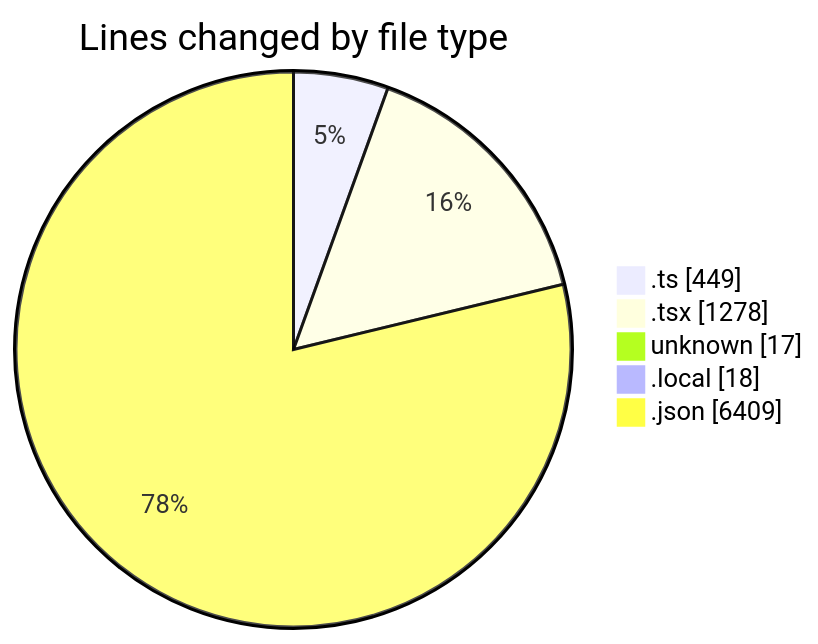
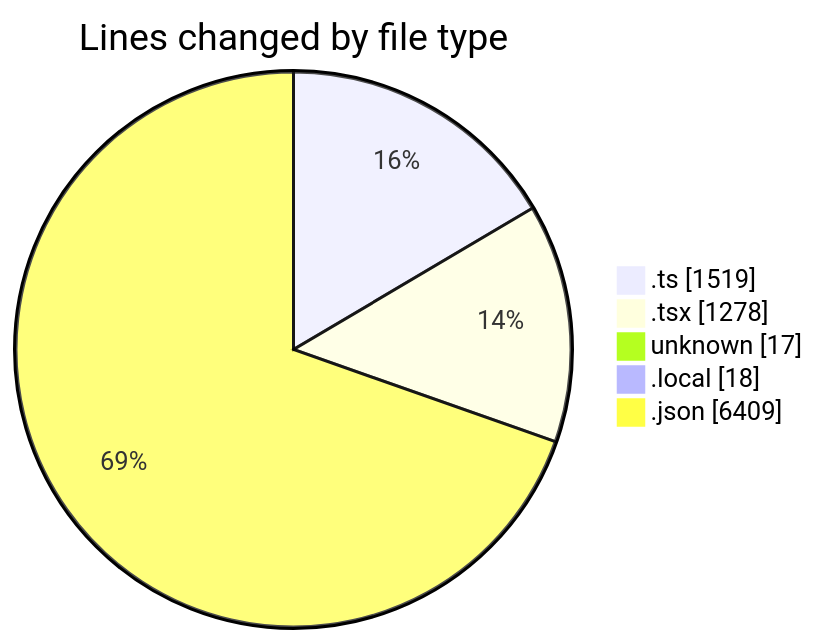
Before and after one commit to CELIANVF/code-tracking: the first of 2 diagrams in 2025-05-16/ecodeli-1/README.md, drawn with Mermaid. The commit also changed other lines of this file and 1 other file, not shown here.

````diff
--- a/2025-05-16/ecodeli-1/README.md
+++ b/2025-05-16/ecodeli-1/README.md
@@ -36,9 +38,9 @@
 ```mermaid
 pie showData
 title Lines changed by file type
-".ts" : 449
+".ts" : 1519
 ".tsx" : 1278
 "unknown" : 17
 ".local" : 18
 ".json" : 6409
 ```
````
